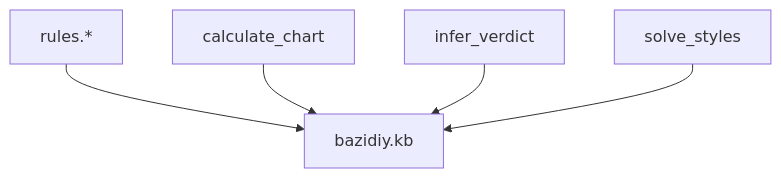
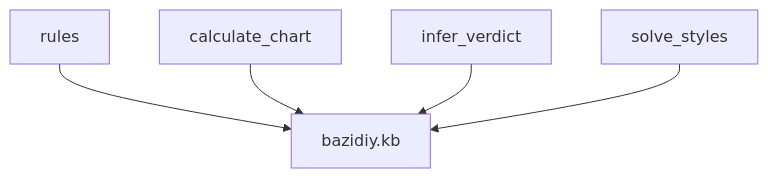
Before and after one commit to ZiFan1117/software-atom-market: the fourth of 4 diagrams in atoms/bazidiy.kb.atom.md, drawn with Mermaid. The commit also changed other lines of this file and 24 other files, not shown here.

First line of the commit message:
atoms: restructure to 16 bazidiy atoms (rules merged, styles extracted, evidence folded) + plugin framework atom

````diff
--- a/atoms/bazidiy.kb.atom.md
+++ b/atoms/bazidiy.kb.atom.md
@@ -63,7 +64,7 @@
 ```mermaid
 graph TD
-rules.* --> bazidiy.kb
+rules --> bazidiy.kb
 calculate_chart --> bazidiy.kb
 infer_verdict --> bazidiy.kb
 solve_styles --> bazidiy.kb
 ```
````
